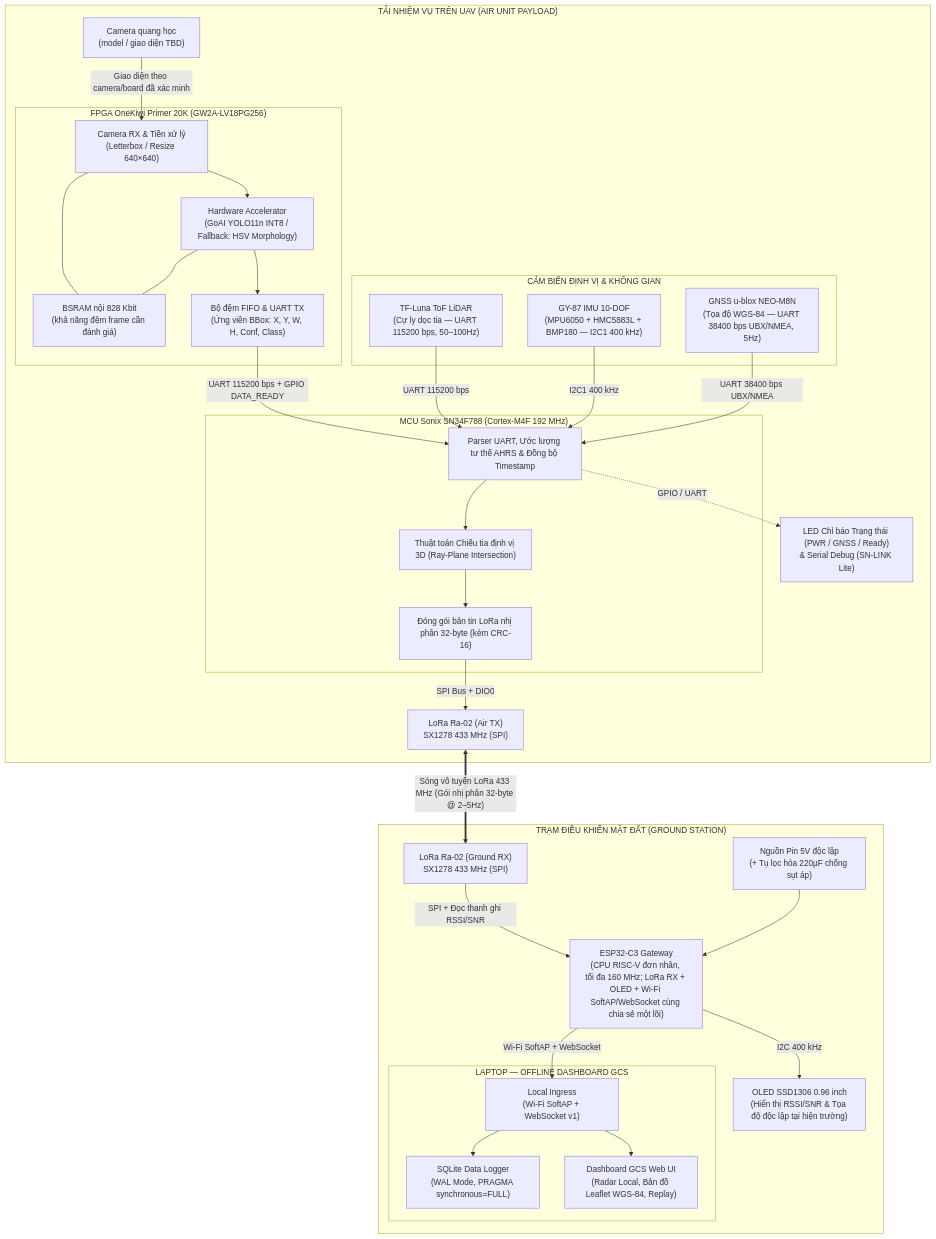
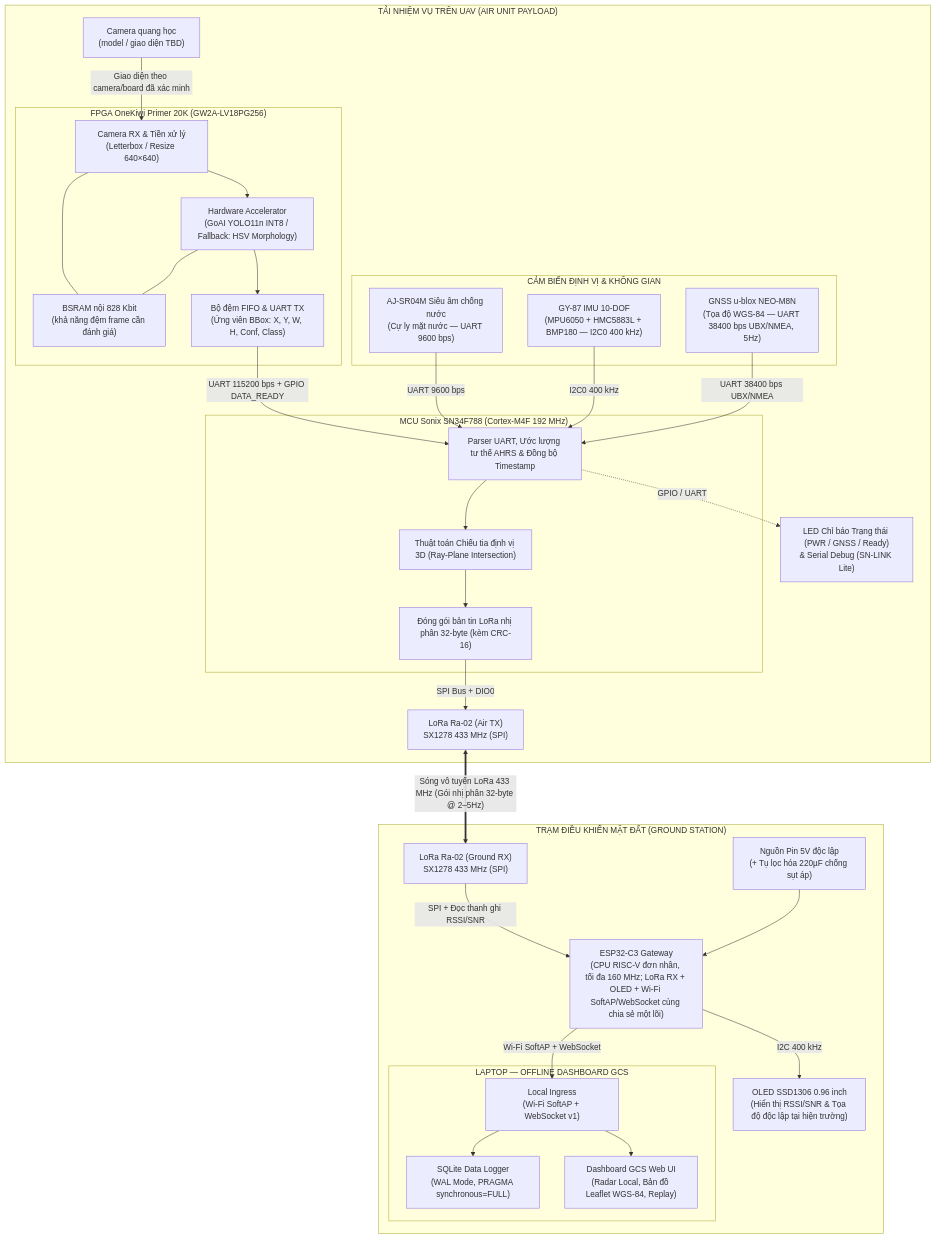
The diagram in docs/KVC_ThietKeHeThong.md (duyphong375/Project_UAV), drawn with Mermaid before and after one commit. The commit also changed other lines of this file and 58 other files, not shown here.

````diff
--- a/docs/KVC_ThietKeHeThong.md
+++ b/docs/KVC_ThietKeHeThong.md
@@ -87,59 +87,59 @@
 ```mermaid
 flowchart TB
     subgraph AIR["TẢI NHIỆM VỤ TRÊN UAV (AIR UNIT PAYLOAD)"]
         CAM["Camera quang học<br/>(model / giao diện TBD)"]
         subgraph FPGA_BOX["FPGA OneKiwi Primer 20K (GW2A-LV18PG256)"]
             RX["Camera RX & Tiền xử lý<br/>(Letterbox / Resize 640×640)"]
             MEM["BSRAM nội 828 Kbit<br/>(khả năng đệm frame cần đánh giá)"]
             AI["Hardware Accelerator<br/>(GoAI YOLO11n INT8 / Fallback: HSV Morphology)"]
             TX["Bộ đệm FIFO & UART TX<br/>(Ứng viên BBox: X, Y, W, H, Conf, Class)"]
             RX --- MEM
             RX --> AI
             AI --- MEM
             AI --> TX
         end
         subgraph MCU_AIR["MCU Sonix SN34F788 (Cortex-M4F 192 MHz)"]
             FUSION["Parser UART, Ước lượng tư thế AHRS & Đồng bộ Timestamp"]
             GEOREF["Thuật toán Chiếu tia định vị 3D (Ray-Plane Intersection)"]
             PACKET["Đóng gói bản tin LoRa nhị phân 32-byte (kèm CRC-16)"]
             FUSION --> GEOREF --> PACKET
         end
         subgraph SENSORS["CẢM BIẾN ĐỊNH VỊ & KHÔNG GIAN"]
-            LIDAR["TF-Luna ToF LiDAR<br/>(Cự ly dọc tia — UART 115200 bps, 50–100Hz)"]
-            IMU["GY-87 IMU 10-DOF<br/>(MPU6050 + HMC5883L + BMP180 — I2C1 400 kHz)"]
+            ULTRASONIC["AJ-SR04M Siêu âm chống nước<br/>(Cự ly mặt nước — UART 9600 bps)"]
+            IMU["GY-87 IMU 10-DOF<br/>(MPU6050 + HMC5883L + BMP180 — I2C0 400 kHz)"]
             GNSS["GNSS u-blox NEO-M8N<br/>(Tọa độ WGS-84 — UART 38400 bps UBX/NMEA, 5Hz)"]
         end
         RF1["LoRa Ra-02 (Air TX)<br/>SX1278 433 MHz (SPI)"]
         LED_STATUS["LED Chỉ báo Trạng thái (PWR / GNSS / Ready)<br/>& Serial Debug (SN-LINK Lite)"]
 
         CAM -->|Giao diện theo camera/board đã xác minh| RX
         TX -->|UART 115200 bps + GPIO DATA_READY| FUSION
-        LIDAR -->|UART 115200 bps| FUSION
-        IMU -->|I2C1 400 kHz| FUSION
+        ULTRASONIC -->|UART 9600 bps| FUSION
+        IMU -->|I2C0 400 kHz| FUSION
         GNSS -->|UART 38400 bps UBX/NMEA| FUSION
         PACKET -->|SPI Bus + DIO0| RF1
         FUSION -.->|GPIO / UART| LED_STATUS
     end
 
     subgraph GROUND["TRẠM ĐIỀU KHIỂN MẶT ĐẤT (GROUND STATION)"]
         RF2["LoRa Ra-02 (Ground RX)<br/>SX1278 433 MHz (SPI)"]
         MCU_GND["ESP32-C3 Gateway<br/>(CPU RISC-V đơn nhân, tối đa 160 MHz; LoRa RX + OLED + Wi-Fi SoftAP/WebSocket cùng chia sẻ một lõi)"]
         OLED_GND["OLED SSD1306 0.96 inch<br/>(Hiển thị RSSI/SNR & Tọa độ độc lập tại hiện trường)"]
         PWR["Nguồn Pin 5V độc lập<br/>(+ Tụ lọc hóa 220µF chống sụt áp)"]
 
         subgraph PC["LAPTOP — OFFLINE DASHBOARD GCS"]
             INGRESS["Local Ingress<br/>(Wi-Fi SoftAP + WebSocket v1)"]
             DB["SQLite Data Logger<br/>(WAL Mode, PRAGMA synchronous=FULL)"]
             UI["Dashboard GCS Web UI<br/>(Radar Local, Bản đồ Leaflet WGS-84, Replay)"]
             INGRESS --> DB
             INGRESS --> UI
         end
 
         RF2 -->|SPI + Đọc thanh ghi RSSI/SNR| MCU_GND
         PWR --> MCU_GND
         MCU_GND -->|I2C 400 kHz| OLED_GND
         MCU_GND -->|Wi-Fi SoftAP + WebSocket| INGRESS
     end
 
     RF1 <==>|"Sóng vô tuyến LoRa 433 MHz (Gói nhị phân 32-byte @ 2–5Hz)"| RF2
 ```
````
